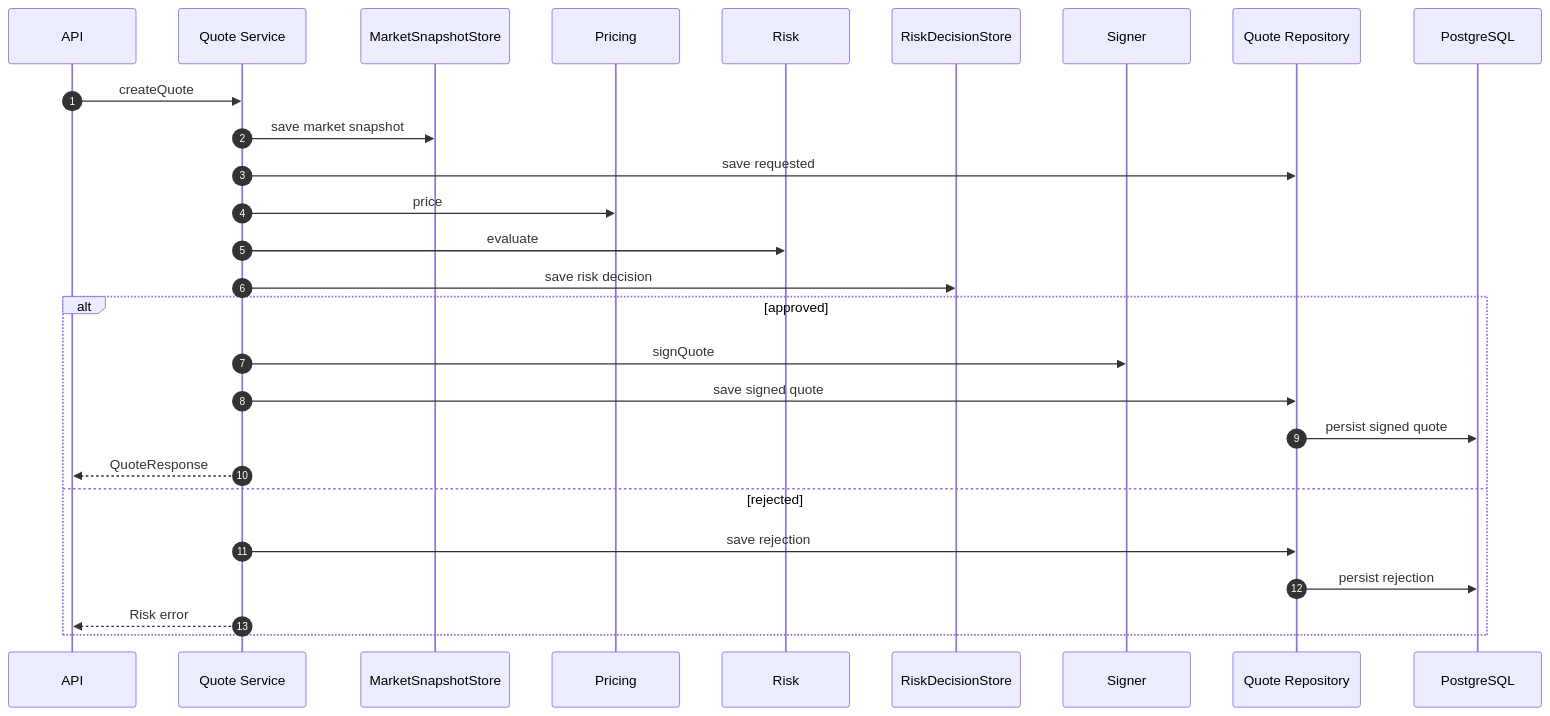
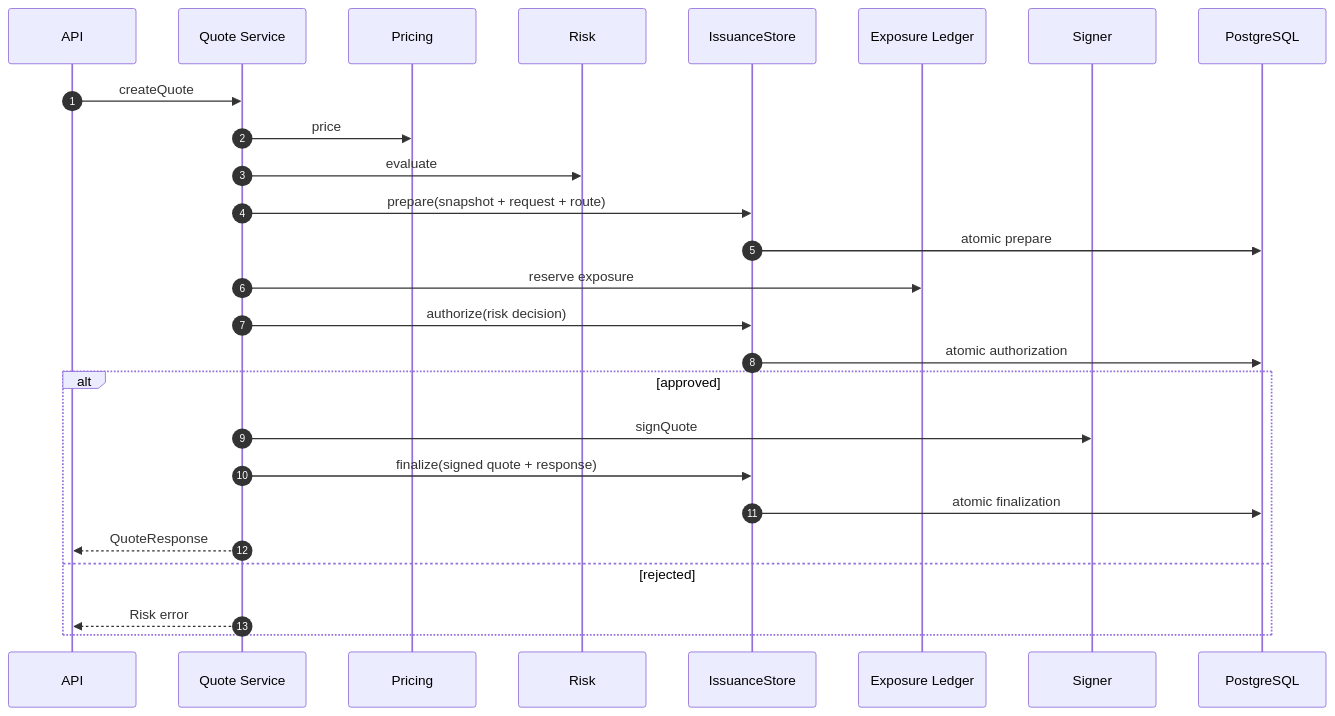
The second of 3 diagrams in book/Volume5-BackendEngineering/Chapter02-Quote-Service.md (alvis-ai/production-grade-web3-rfq-market-maker), drawn with Mermaid before and after one commit. The commit also changed other lines of this file and 27 other files, not shown here.

Commit message:
perf: fuse postgres quote issuance

````diff
--- a/book/Volume5-BackendEngineering/Chapter02-Quote-Service.md
+++ b/book/Volume5-BackendEngineering/Chapter02-Quote-Service.md
@@ -78,30 +78,29 @@
 ```mermaid
 sequenceDiagram
   autonumber
   participant API
   participant Q as Quote Service
-  participant SnapshotStore as MarketSnapshotStore
   participant P as Pricing
   participant R as Risk
-  participant Audit as RiskDecisionStore
+  participant I as IssuanceStore
+  participant E as Exposure Ledger
   participant S as Signer
-  participant Repo as Quote Repository
   participant DB as PostgreSQL
 
   API->>Q: createQuote
-  Q->>SnapshotStore: save market snapshot
-  Q->>Repo: save requested
   Q->>P: price
   Q->>R: evaluate
-  Q->>Audit: save risk decision
+  Q->>I: prepare(snapshot + request + route)
+  I->>DB: atomic prepare
+  Q->>E: reserve exposure
+  Q->>I: authorize(risk decision)
+  I->>DB: atomic authorization
   alt approved
     Q->>S: signQuote
-    Q->>Repo: save signed quote
-    Repo->>DB: persist signed quote
+    Q->>I: finalize(signed quote + response)
+    I->>DB: atomic finalization
     Q-->>API: QuoteResponse
   else rejected
-    Q->>Repo: save rejection
-    Repo->>DB: persist rejection
     Q-->>API: Risk error
   end
 ```
````
